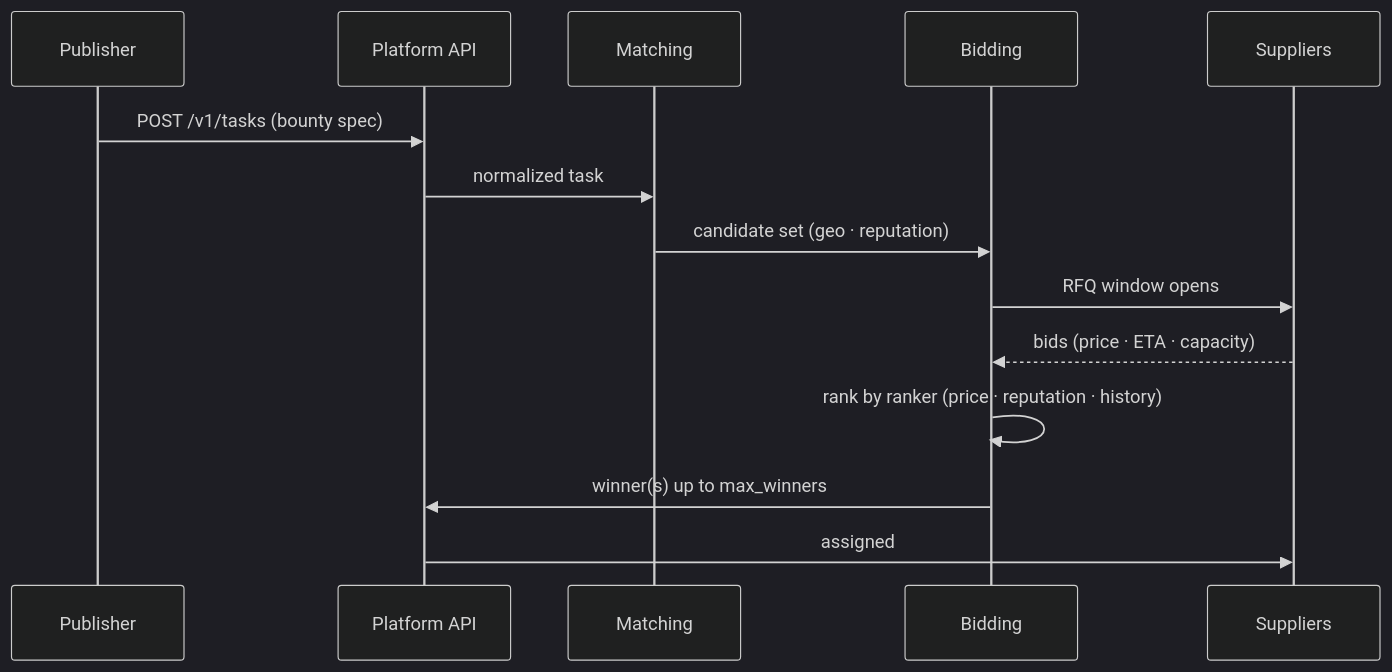
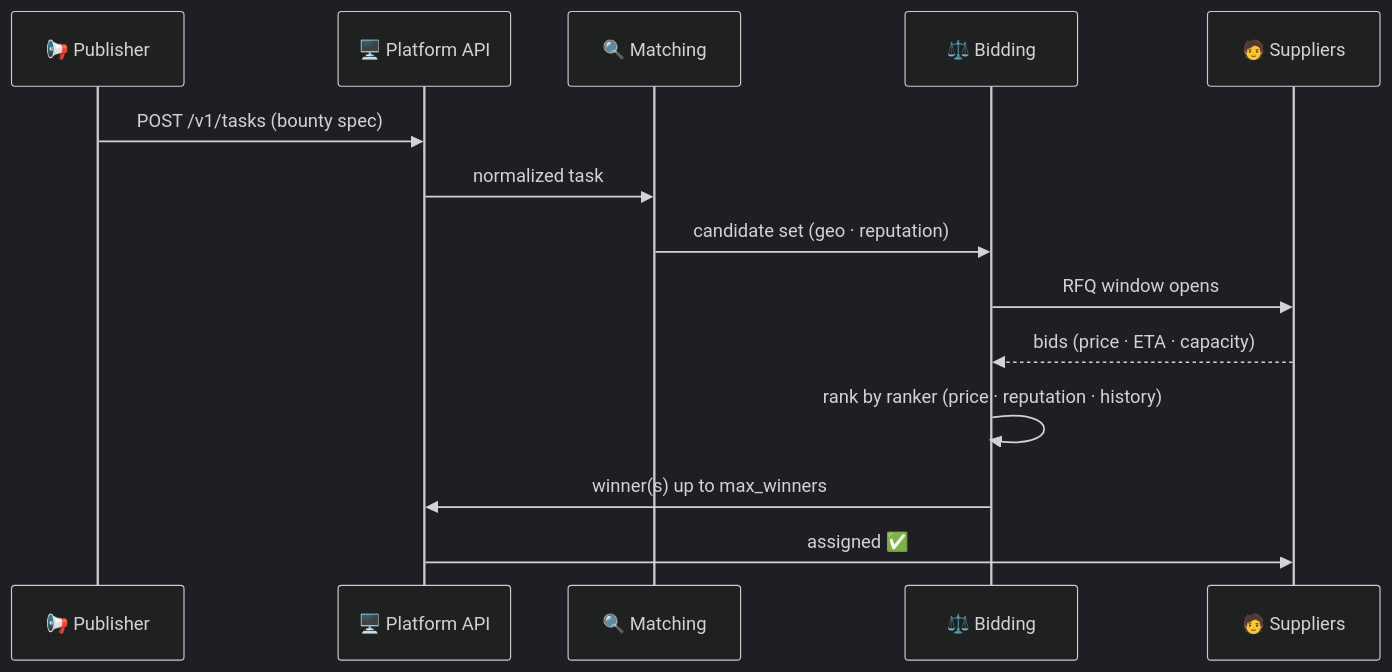
One commit to Good-for-human/beesi.ai-agent-bounty-market changed the fourth of 5 diagrams in WORKFLOWS.md. Above: the diagram before and after it, drawn with Mermaid (dark theme). The commit also changed other lines of this file and 11 other files, not shown here.

````diff
--- a/WORKFLOWS.md
+++ b/WORKFLOWS.md
@@ -82,17 +82,17 @@
 ```mermaid
 sequenceDiagram
-  participant Pub as Publisher
-  participant API as Platform API
-  participant M as Matching
-  participant B as Bidding
-  participant Sup as Suppliers
+  participant Pub as 📢 Publisher
+  participant API as 🖥️ Platform API
+  participant M as 🔍 Matching
+  participant B as ⚖️ Bidding
+  participant Sup as 🧑 Suppliers
 
   Pub->>API: POST /v1/tasks (bounty spec)
   API->>M: normalized task
   M->>B: candidate set (geo · reputation)
   B->>Sup: RFQ window opens
   Sup-->>B: bids (price · ETA · capacity)
   B->>B: rank by ranker (price · reputation · history)
   B->>API: winner(s) up to max_winners
-  API->>Sup: assigned
+  API->>Sup: assigned ✅
 ```
````
